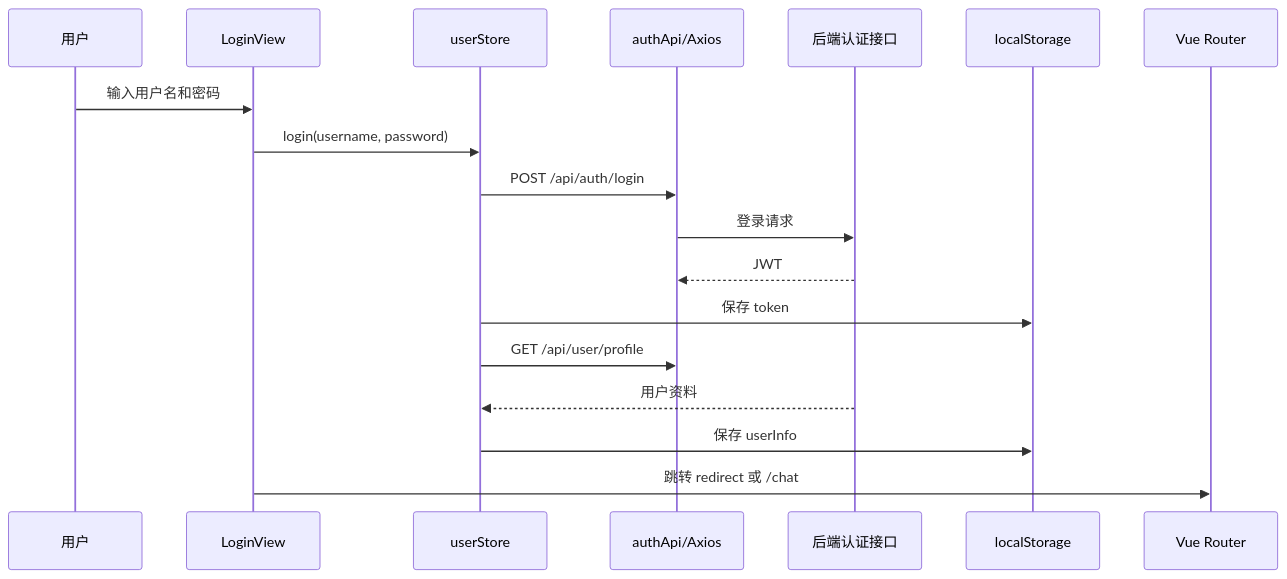
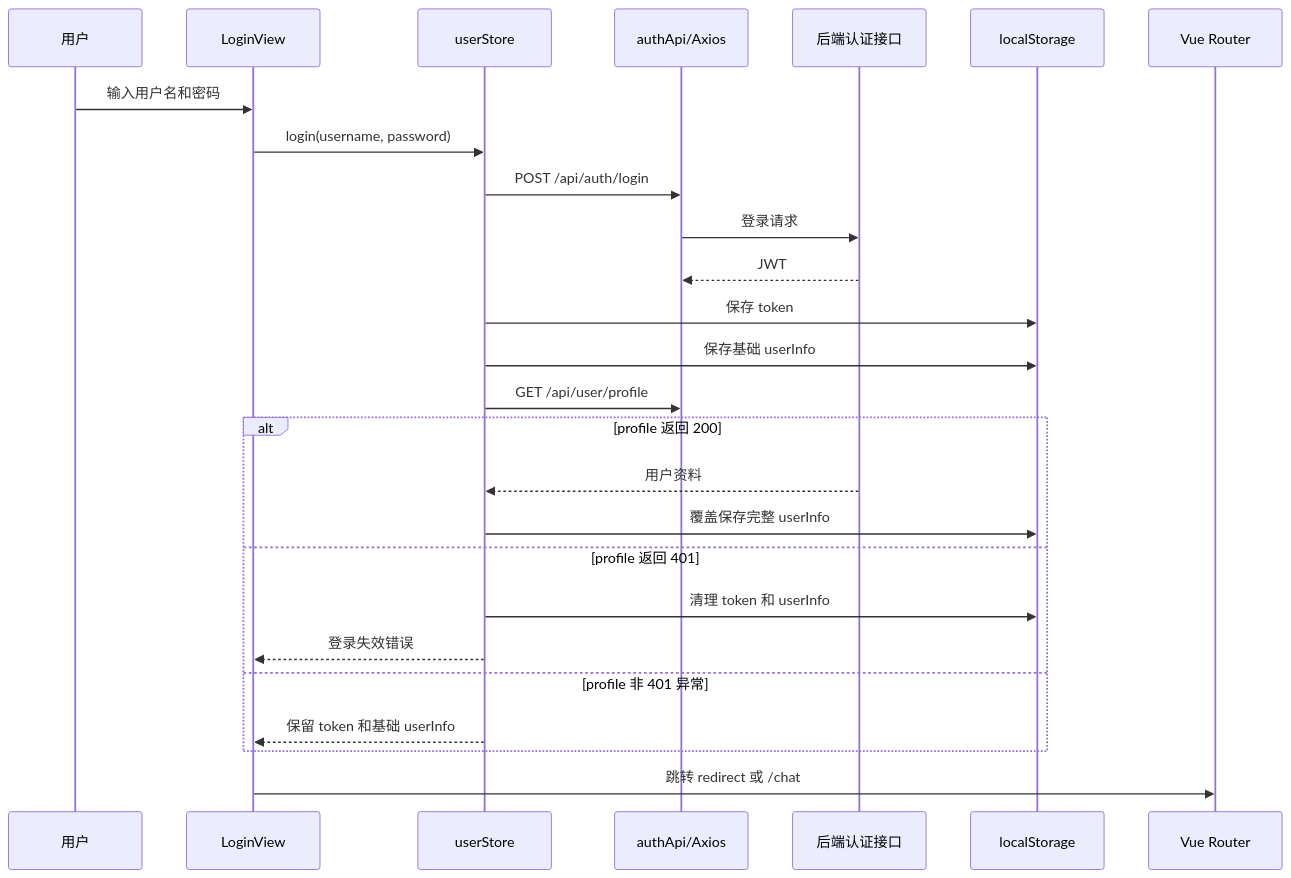
Diagram 12 of 14 in architecture.md (zhy13339561489-crypto/aisay), drawn with Mermaid before and after one commit. The commit also changed other lines of this file and 15 other files, not shown here.

````diff
--- a/architecture.md
+++ b/architecture.md
@@ -530,21 +530,29 @@
 ```mermaid
 sequenceDiagram
     participant User as 用户
     participant Login as LoginView
     participant Store as userStore
     participant Api as authApi/Axios
     participant Backend as 后端认证接口
     participant Storage as localStorage
     participant Router as Vue Router
 
     User->>Login: 输入用户名和密码
     Login->>Store: login(username, password)
     Store->>Api: POST /api/auth/login
     Api->>Backend: 登录请求
     Backend-->>Api: JWT
     Store->>Storage: 保存 token
+    Store->>Storage: 保存基础 userInfo
     Store->>Api: GET /api/user/profile
-    Backend-->>Store: 用户资料
-    Store->>Storage: 保存 userInfo
+    alt profile 返回 200
+        Backend-->>Store: 用户资料
+        Store->>Storage: 覆盖保存完整 userInfo
+    else profile 返回 401
+        Store->>Storage: 清理 token 和 userInfo
+        Store-->>Login: 登录失效错误
+    else profile 非 401 异常
+        Store-->>Login: 保留 token 和基础 userInfo
+    end
     Login->>Router: 跳转 redirect 或 /chat
 ```
````
